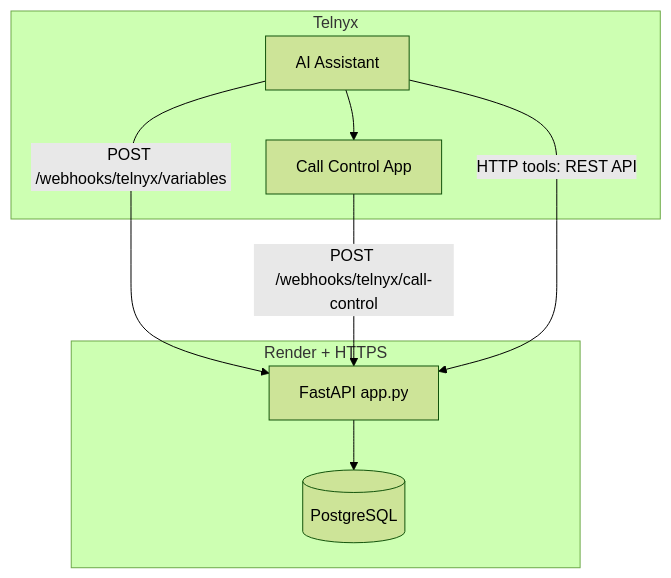
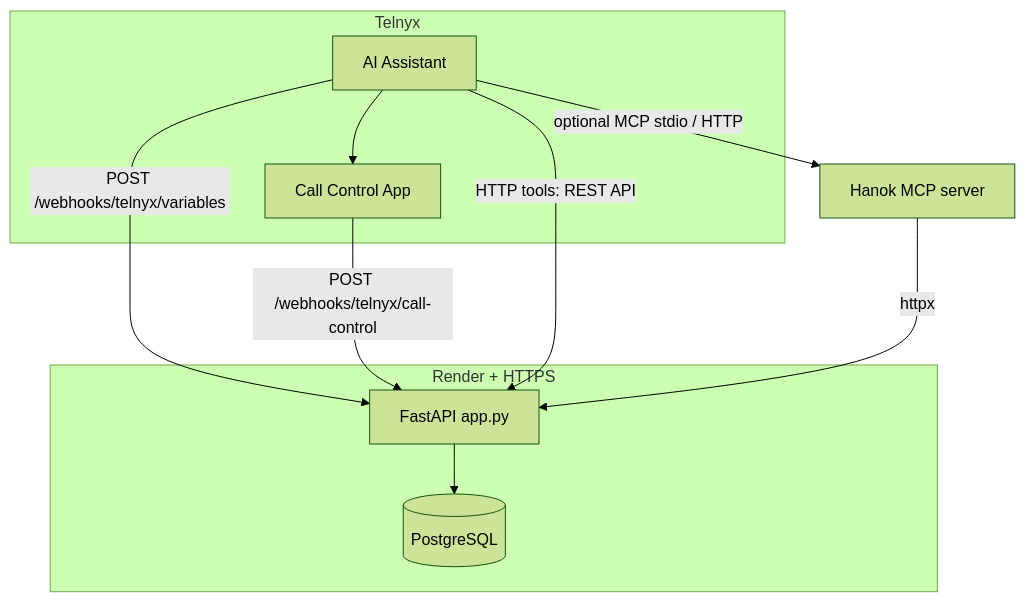
Before and after one commit to hjleepapa/8-telnyx: the diagram in README.md, drawn with Mermaid (forest theme). The commit also changed other lines of this file and 8 other files, not shown here.

First line of the commit message:
Add Hanok MCP server (FastMCP) for reservation tools over REST.

````diff
--- a/README.md
+++ b/README.md
@@ -28,18 +28,20 @@
 ```mermaid
 flowchart TB
   subgraph telnyx [Telnyx]
     Assistant[AI Assistant]
     CC[Call Control App]
     Assistant --> CC
   end
 
   subgraph deploy [Render + HTTPS]
     App[FastAPI app.py]
     DB[(PostgreSQL)]
     App --> DB
   end
 
   Assistant -->|POST /webhooks/telnyx/variables| App
   CC -->|POST /webhooks/telnyx/call-control| App
   Assistant -->|HTTP tools: REST API| App
+  Assistant -->|optional MCP stdio / HTTP| MCP[Hanok MCP server]
+  MCP -->|httpx| App
 ```
````
